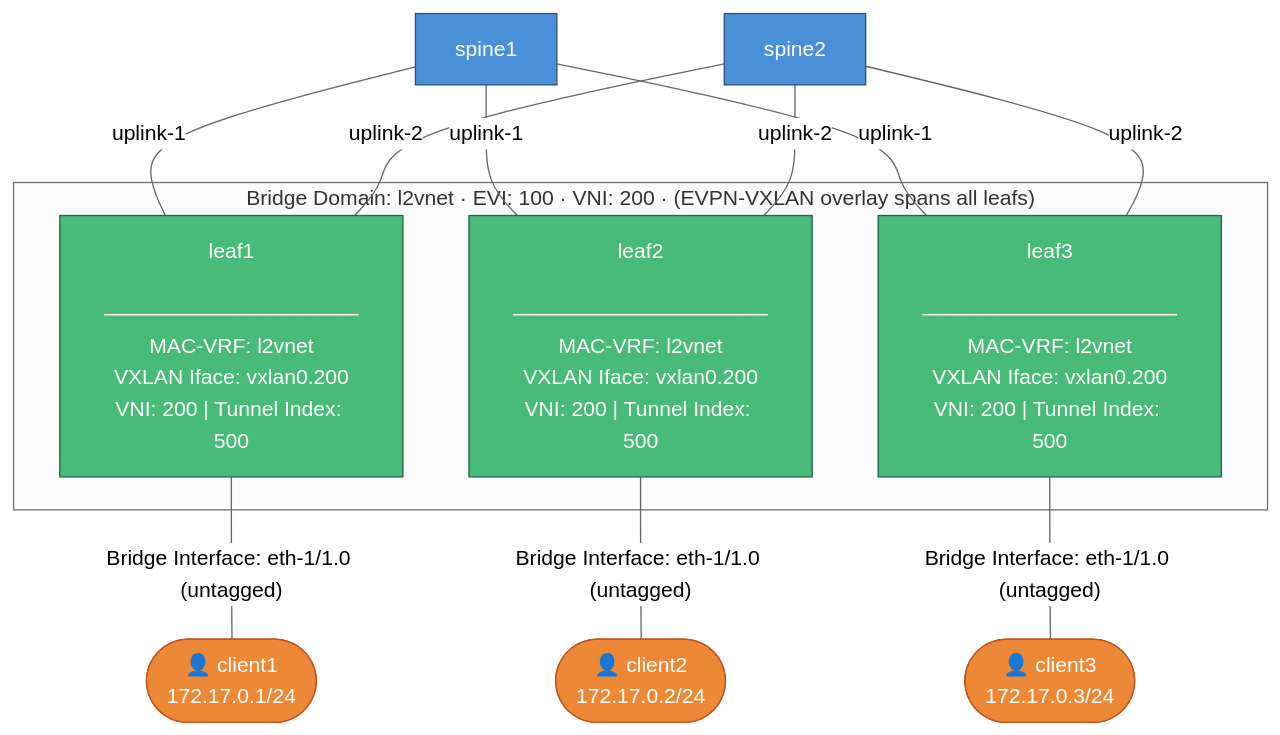
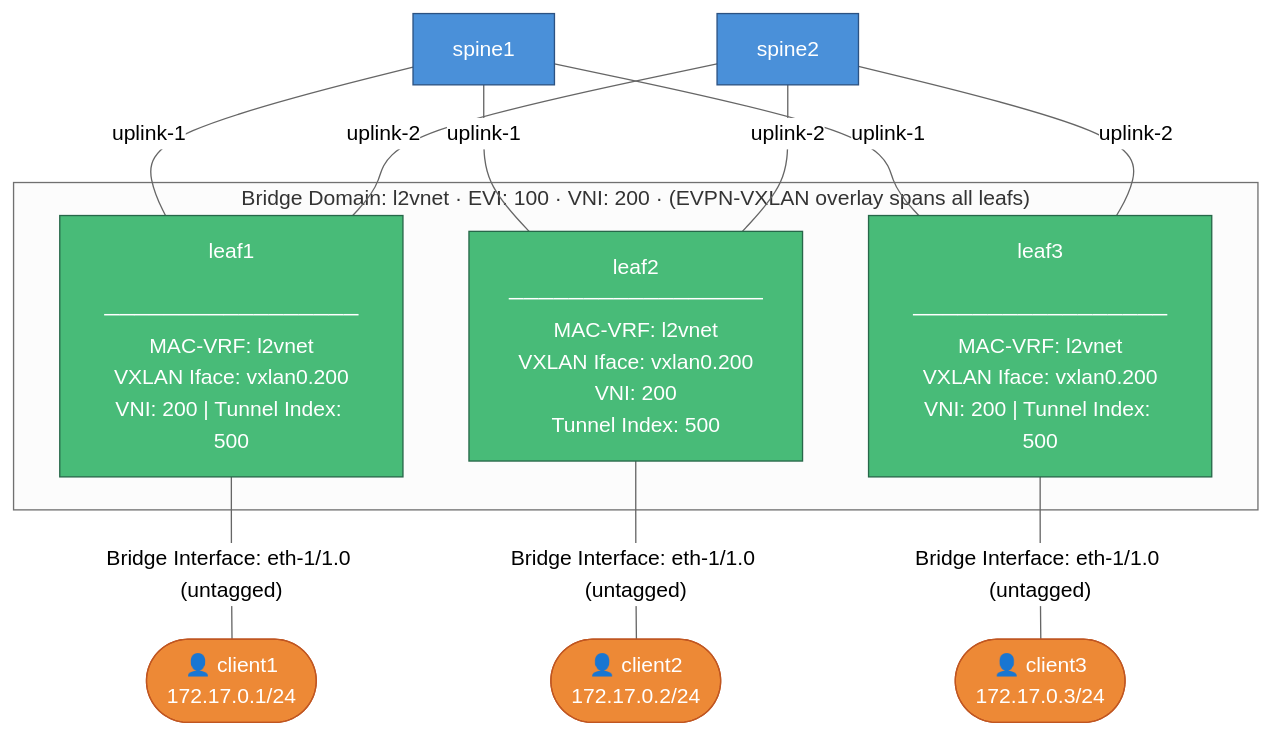
The first of 2 diagrams in part2-service-overlays.md (thcorre/eda-quick-tour), drawn with Mermaid (neutral theme) before and after one commit.

````diff
--- a/part2-service-overlays.md
+++ b/part2-service-overlays.md
@@ -89,51 +89,52 @@
 ```mermaid
 graph TD
     spine1[spine1]
     spine2[spine2]
 
     subgraph BD["Bridge Domain: l2vnet  ·  EVI: 100  ·  VNI: 200  ·  (EVPN-VXLAN overlay spans all leafs)"]
         leaf1["leaf1
         ─────────────────
 MAC-VRF: l2vnet
 VXLAN Iface: vxlan0.200
 VNI: 200 | Tunnel Index: 500"]
 
         leaf2["leaf2
         ─────────────────
 MAC-VRF: l2vnet
 VXLAN Iface: vxlan0.200
-VNI: 200 | Tunnel Index: 500"]
+VNI: 200
+Tunnel Index: 500"]
 
         leaf3["leaf3
         ─────────────────
 MAC-VRF: l2vnet
 VXLAN Iface: vxlan0.200
 VNI: 200 | Tunnel Index: 500"]
     end
 
     c1(["👤 client1
     172.17.0.1/24"])
     c2(["👤 client2
     172.17.0.2/24"])
     c3(["👤 client3
     172.17.0.3/24"])
 
     spine1 ---|uplink-1| leaf1
     spine1 ---|uplink-1| leaf2
     spine1 ---|uplink-1| leaf3
     spine2 ---|uplink-2| leaf1
     spine2 ---|uplink-2| leaf2
     spine2 ---|uplink-2| leaf3
 
     leaf1 ---|"Bridge Interface: eth-1/1.0 (untagged)"| c1
     leaf2 ---|"Bridge Interface: eth-1/1.0 (untagged)"| c2
     leaf3 ---|"Bridge Interface: eth-1/1.0 (untagged)"| c3
 
     classDef spine fill:#4a90d9,color:#fff,stroke:#2c5282
     classDef leaf fill:#48bb78,color:#fff,stroke:#276749
     classDef client fill:#ed8936,color:#fff,stroke:#c05621
 
     class spine1,spine2 spine
     class leaf1,leaf2,leaf3 leaf
     class c1,c2,c3 client
 ```
````
